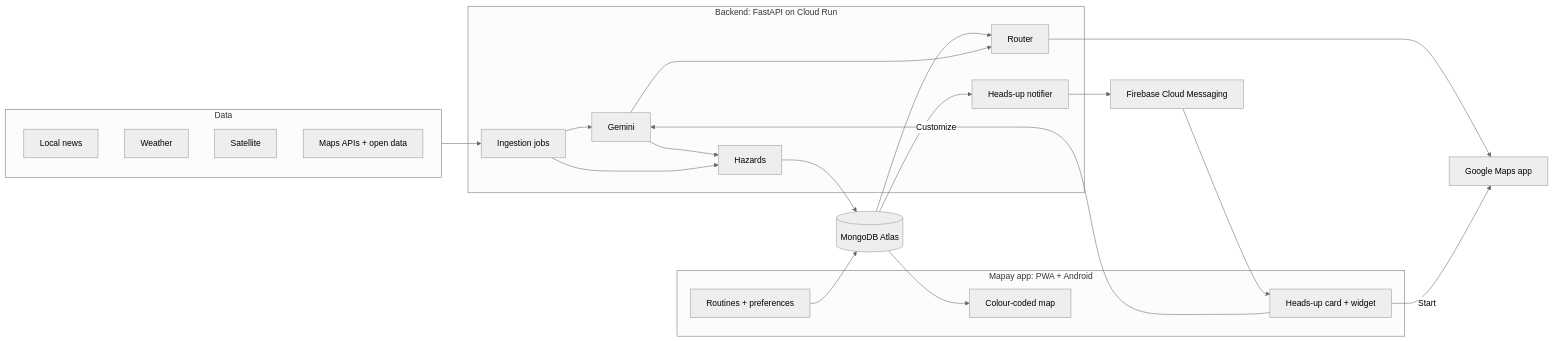
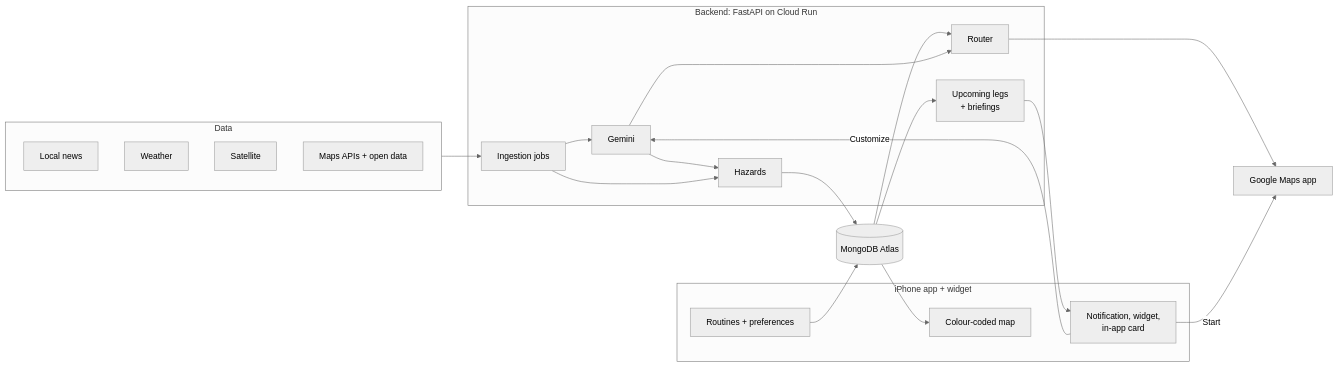
Before and after one commit to TomasPessagno/mapay: the third of 3 diagrams in README.md, drawn with Mermaid (neutral theme). The commit also changed other lines of this file and 4 other files, not shown here.

````diff
--- a/README.md
+++ b/README.md
@@ -192,38 +227,38 @@
 ```mermaid
 flowchart LR
     subgraph Data
         NEWS[Local news]
         WX[Weather]
         SAT[Satellite]
         MAPS[Maps APIs + open data]
     end
 
     subgraph Backend[Backend: FastAPI on Cloud Run]
         ING[Ingestion jobs]
         GEM[Gemini]
         HAZ[Hazards]
         ROUTER[Router]
-        NOTIF[Heads-up notifier]
+        UP[Upcoming legs<br/>+ briefings]
     end
 
     DB[(MongoDB Atlas)]
 
-    subgraph App[Mapay app: PWA + Android]
+    subgraph iPhone[iPhone app + widget]
         MAP[Colour-coded map]
         ROUT[Routines + preferences]
-        CARD[Heads-up card + widget]
+        HEADS[Notification, widget,<br/>in-app card]
     end
 
     Data --> ING
     ING --> GEM --> HAZ
     ING --> HAZ
     HAZ --> DB
     DB --> MAP
     ROUT --> DB
-    DB --> NOTIF --> FCM[Firebase Cloud Messaging] --> CARD
+    DB --> UP --> HEADS
     DB --> ROUTER
-    CARD -->|Customize| GEM
+    HEADS -->|Customize| GEM
     GEM --> ROUTER
     ROUTER --> GMAPS[Google Maps app]
-    CARD -->|Start| GMAPS
+    HEADS -->|Start| GMAPS
 ```
````
